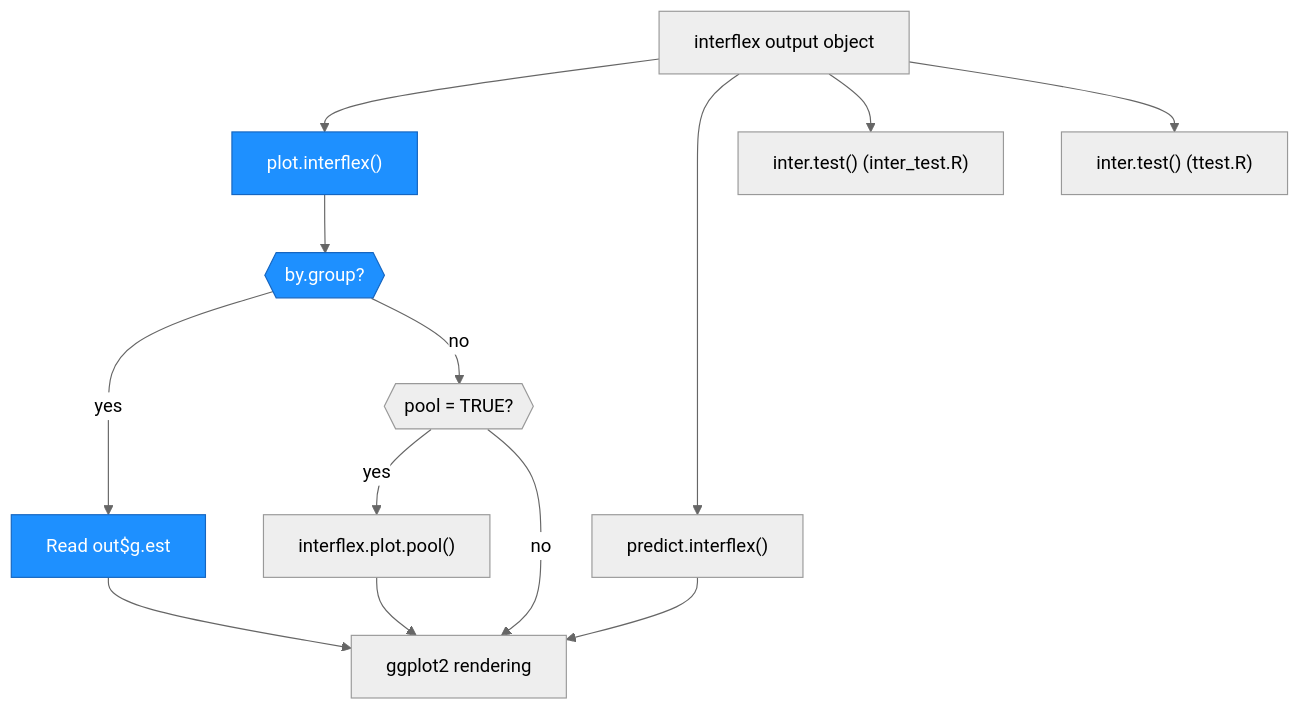
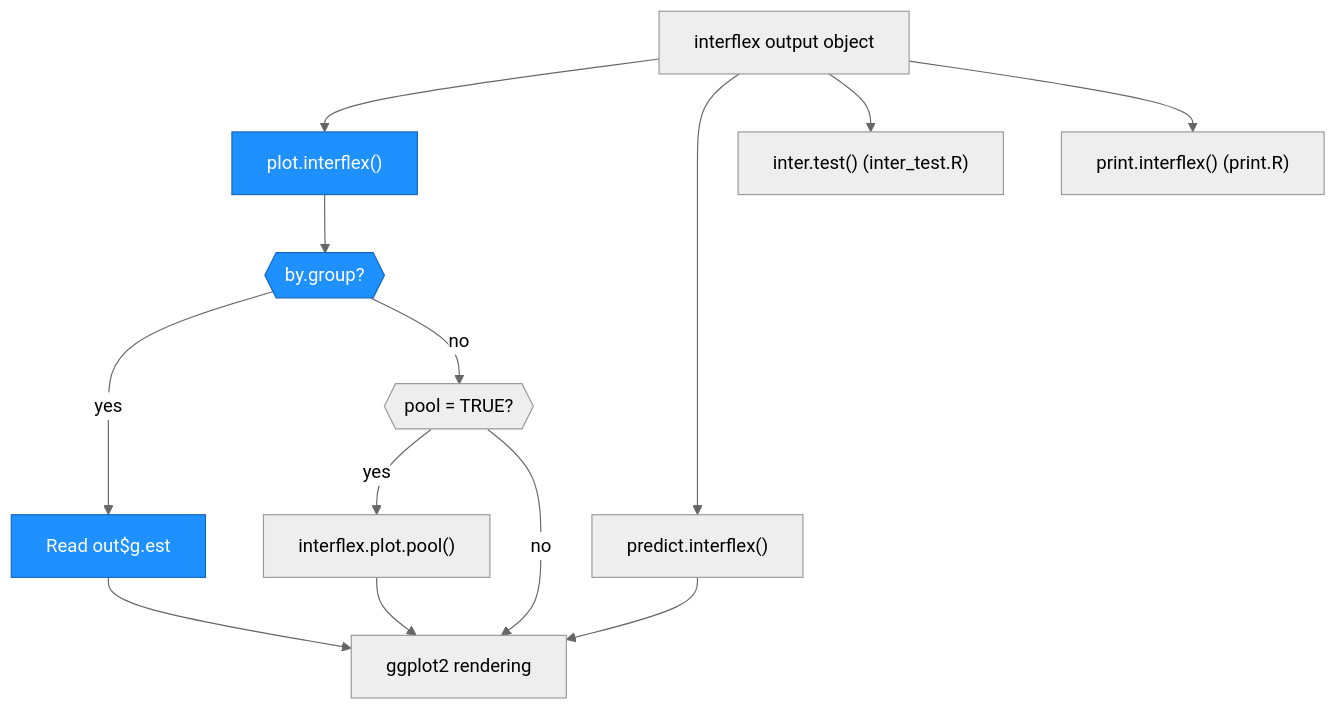
Before and after one commit to xuyiqing/interflex: the third of 4 diagrams in ARCHITECTURE.md, drawn with Mermaid. The commit also changed other lines of this file, not shown here.

Commit message:
docs: refresh ARCHITECTURE.md (v1.4.0, remove Rcpp/ttest, fix doRNG, add print.R)

````diff
--- a/ARCHITECTURE.md
+++ b/ARCHITECTURE.md
@@ -374,20 +373,20 @@
 ```mermaid
 %%{init: {'theme': 'neutral'}}%%
 graph TD
     OUT["interflex output object"] --> PLOT["plot.interflex()"]
     OUT --> PRED["predict.interflex()"]
     OUT --> TEST["inter.test() (inter_test.R)"]
-    OUT --> TEST2["inter.test() (ttest.R)"]
+    OUT --> PRT["print.interflex() (print.R)"]
     PLOT --> BYGRP{{"by.group?"}}
     BYGRP -- yes --> GEST["Read out$g.est"]
     BYGRP -- no --> POOL{{"pool = TRUE?"}}
     POOL -- yes --> PPL["interflex.plot.pool()"]
     POOL -- no --> GPLT["ggplot2 rendering"]
     GEST --> GPLT
     PPL --> GPLT
     PRED --> GPLT
 
     style PLOT fill:#1e90ff,stroke:#1565c0,color:#fff
     style BYGRP fill:#1e90ff,stroke:#1565c0,color:#fff
     style GEST fill:#1e90ff,stroke:#1565c0,color:#fff
 ```
````
